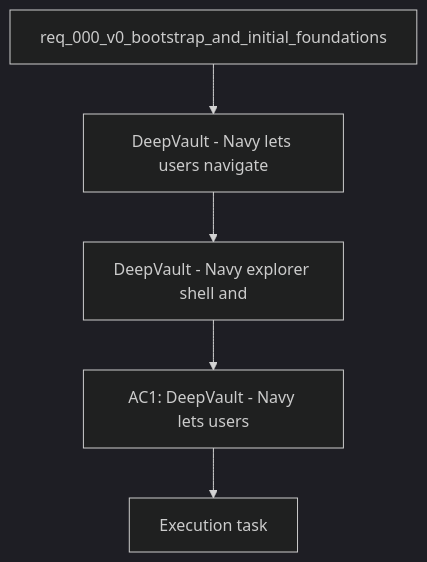
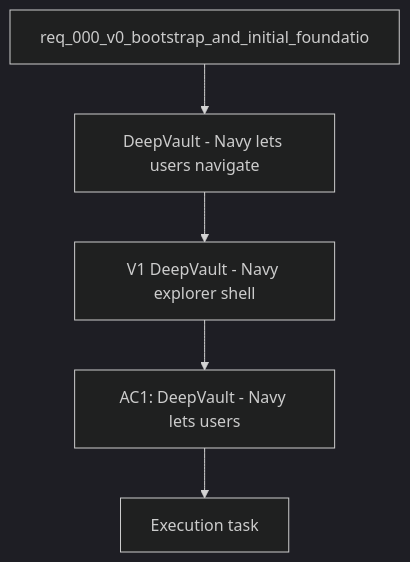
One commit to AlexAgo83/deepvault changed the diagram in logics/backlog/item_008_v1_local_explorer_shell_and_navigation.md. Above: the diagram before and after it, drawn with Mermaid (dark theme). The commit also changed 28 other files, not shown here.

````diff
--- a/logics/backlog/item_008_v1_local_explorer_shell_and_navigation.md
+++ b/logics/backlog/item_008_v1_local_explorer_shell_and_navigation.md
@@ -22,9 +22,9 @@
 ```mermaid
 %% logics-kind: backlog
 %% logics-signature: backlog|v1-deepvault-navy-explorer-shell-and-nav|req-000-v0-bootstrap-and-initial-foundat|deepvault-navy-lets-users-navigate|ac1-deepvault-navy-lets-users
 flowchart TD
-    Request[req_000_v0_bootstrap_and_initial_foundations] --> Problem[DeepVault - Navy lets users navigate]
-    Problem --> Scope[DeepVault - Navy explorer shell and]
+    Request[req_000_v0_bootstrap_and_initial_foundatio] --> Problem[DeepVault - Navy lets users navigate]
+    Problem --> Scope[V1 DeepVault - Navy explorer shell]
     Scope --> Acceptance[AC1: DeepVault - Navy lets users]
     Acceptance --> Tasks[Execution task]
 ```
````
